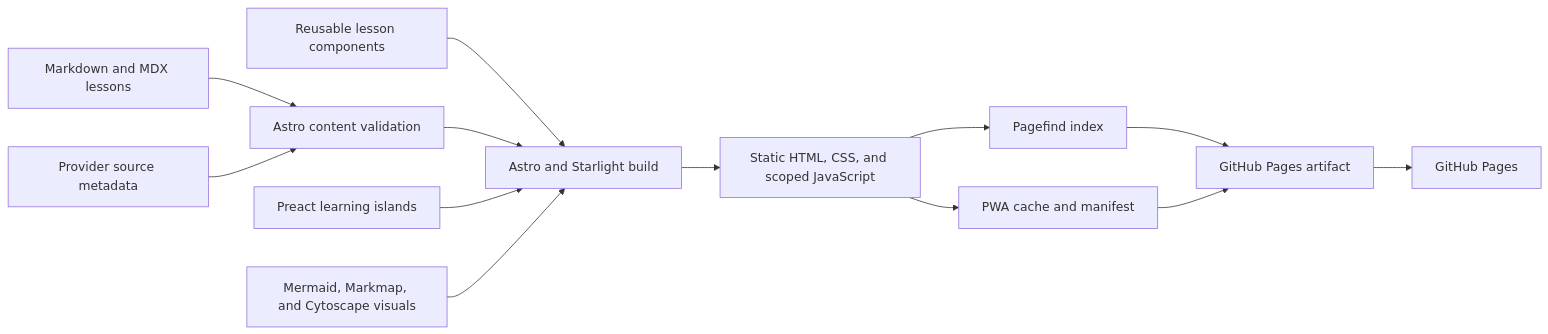
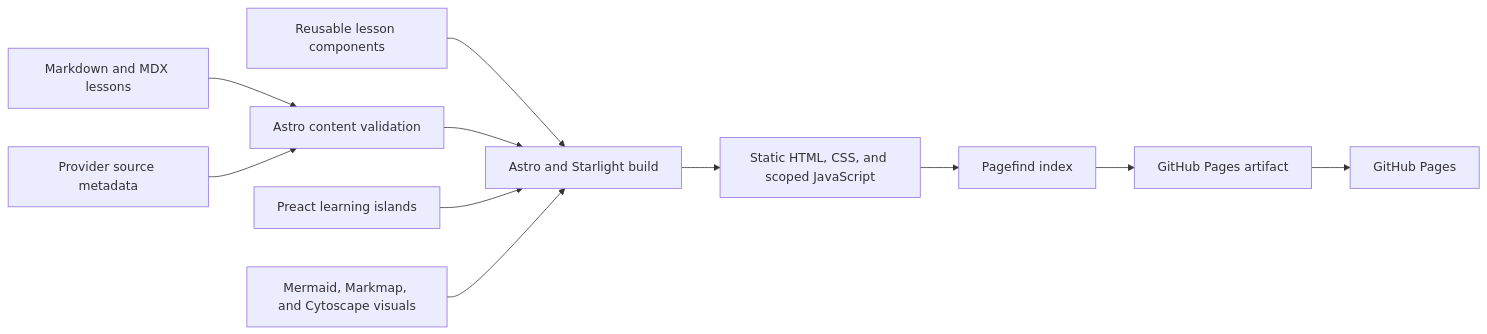
The third of 5 diagrams in readme.md (amanalip/cloudservs), drawn with Mermaid before and after one commit. The commit also changed other lines of this file and 32 other files, not shown here.

````diff
--- a/readme.md
+++ b/readme.md
@@ -402,15 +449,13 @@
 ```mermaid
 flowchart LR
     A[Markdown and MDX lessons] --> B[Astro content validation]
     C[Provider source metadata] --> B
     D[Reusable lesson components] --> E[Astro and Starlight build]
     B --> E
     F[Preact learning islands] --> E
     G[Mermaid, Markmap, and Cytoscape visuals] --> E
     E --> H[Static HTML, CSS, and scoped JavaScript]
     H --> I[Pagefind index]
-    H --> J[PWA cache and manifest]
     I --> K[GitHub Pages artifact]
-    J --> K
     K --> L[GitHub Pages]
 ```
````
